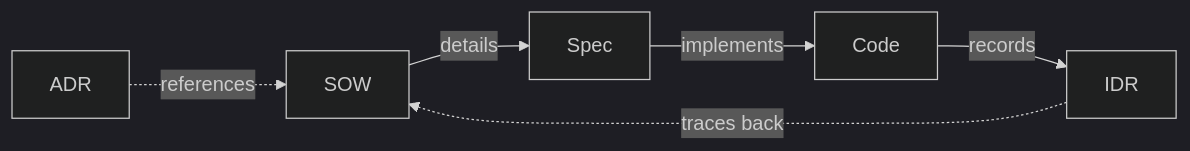
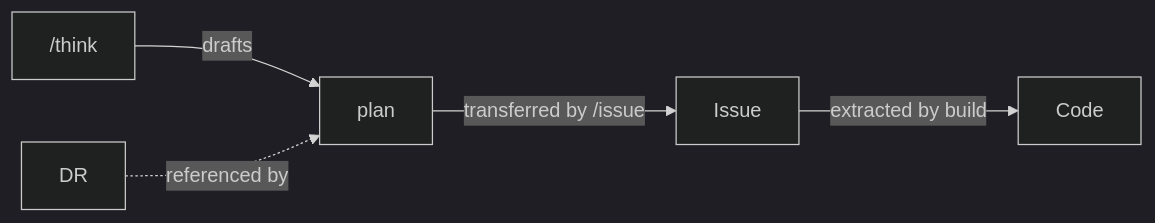
Before and after one commit to thkt/dotclaude: the diagram in .ja/docs/GLOSSARY.md, drawn with Mermaid (dark theme). The commit also changed other lines of this file and 30 other files, not shown here.

````diff
--- a/.ja/docs/GLOSSARY.md
+++ b/.ja/docs/GLOSSARY.md
@@ -81,8 +45,7 @@
 ```mermaid
 flowchart LR
-    SOW -->|details| Spec
-    Spec -->|implements| Code
-    Code -->|records| IDR
-    ADR -.->|references| SOW
-    IDR -.->|traces back| SOW
+    Think["/think"] -->|drafts| plan
+    plan -->|transferred by /issue| Issue
+    Issue -->|extracted by build| Code
+    DR -.->|referenced by| plan
 ```
````
